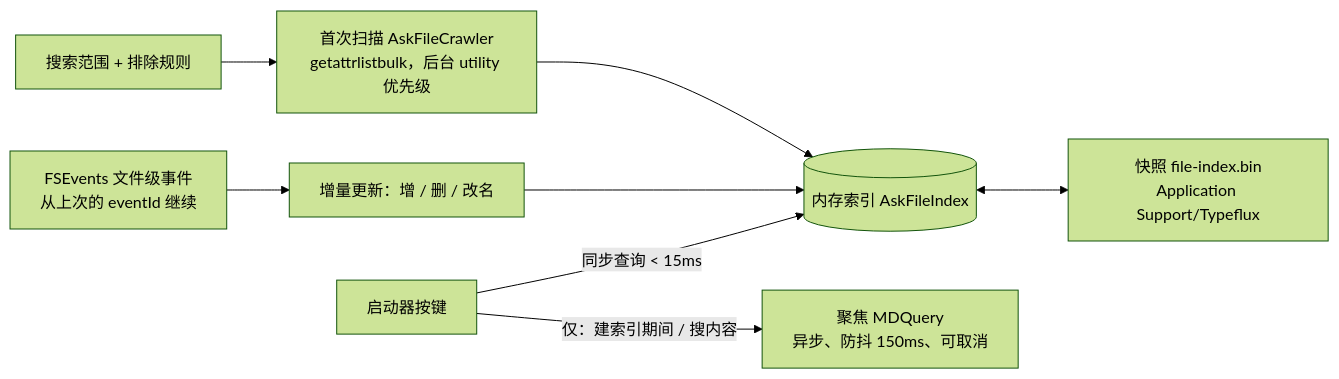
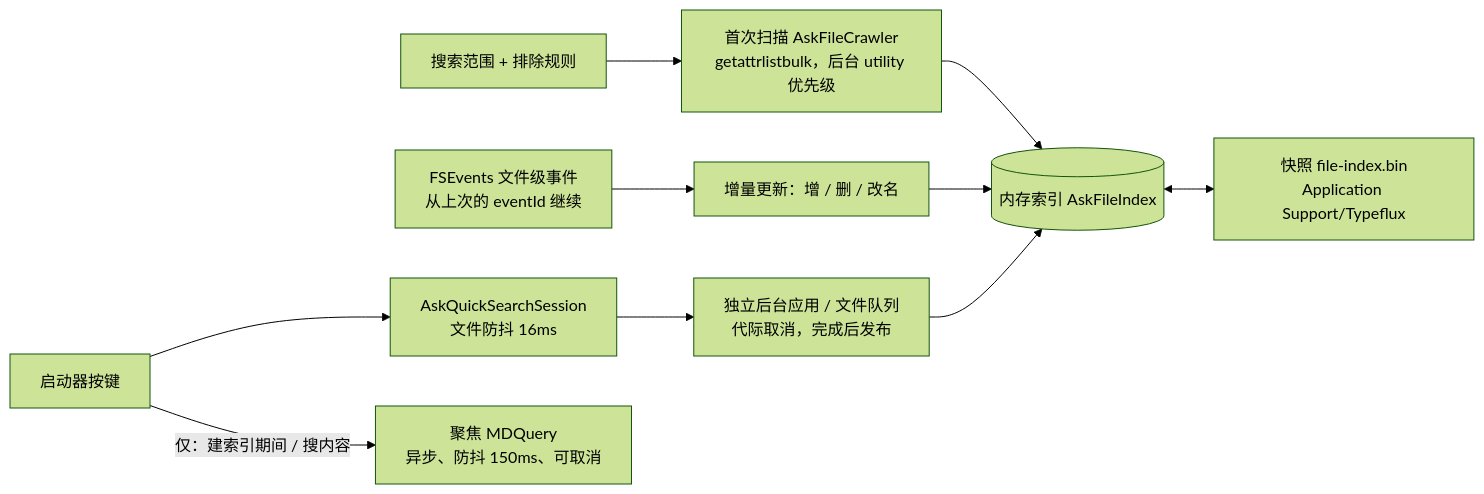
One commit to mylxsw/typeflux changed the diagram in docs/design/launcher-content-search.md. Above: the diagram before and after it, drawn with Mermaid (forest theme). The commit also changed other lines of this file and 17 other files, not shown here.

````diff
--- a/docs/design/launcher-content-search.md
+++ b/docs/design/launcher-content-search.md
@@ -200,10 +200,12 @@
 ```mermaid
 flowchart LR
   A[搜索范围 + 排除规则] --> B[首次扫描 AskFileCrawler<br/>getattrlistbulk，后台 utility 优先级]
   B --> C[(内存索引 AskFileIndex)]
   C <--> D[快照 file-index.bin<br/>Application Support/Typeflux]
   E[FSEvents 文件级事件<br/>从上次的 eventId 继续] --> F[增量更新：增 / 删 / 改名]
   F --> C
-  G[启动器按键] -->|同步查询 < 15ms| C
+  G[启动器按键] --> Q[AskQuickSearchSession<br/>文件防抖 16ms]
+  Q --> W[独立后台应用 / 文件队列<br/>代际取消，完成后发布]
+  W --> C
   G -->|仅：建索引期间 / 搜内容| H[聚焦 MDQuery<br/>异步、防抖 150ms、可取消]
 ```
````
